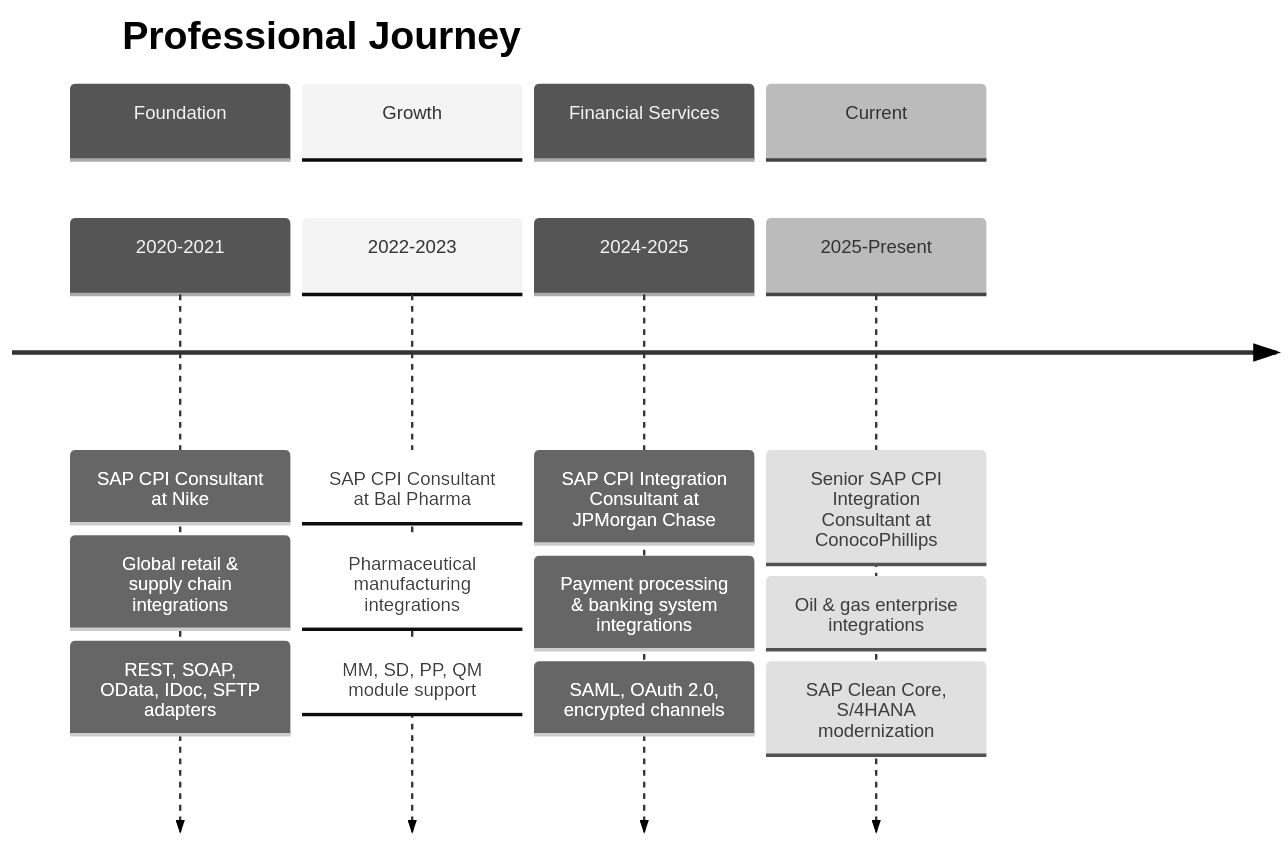
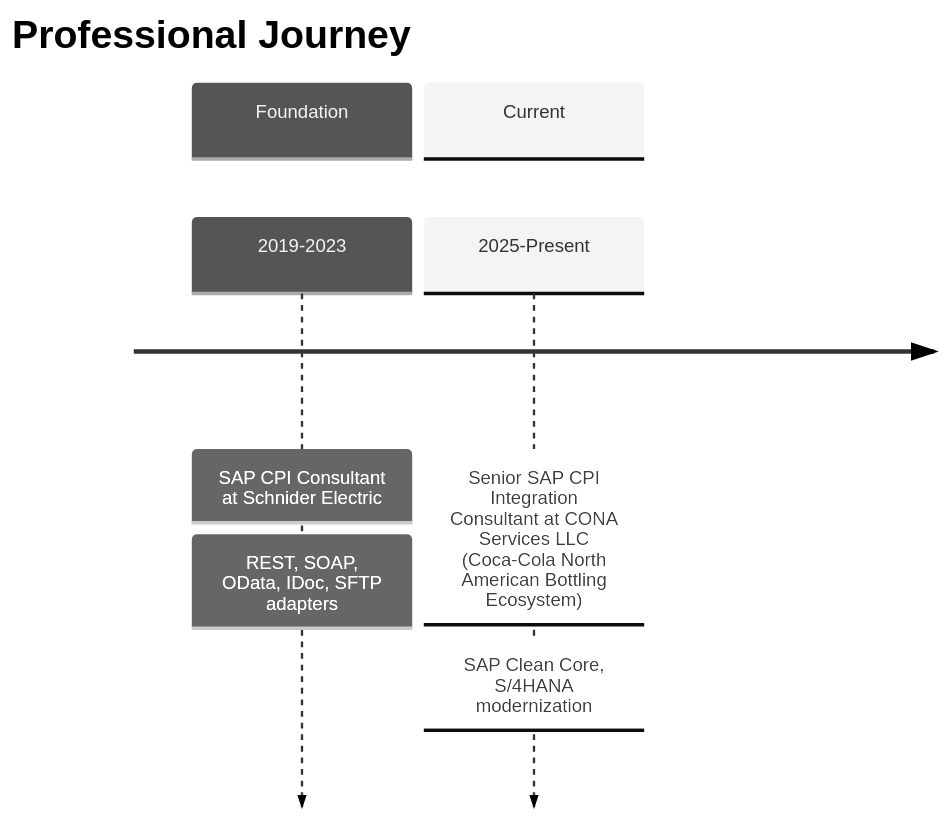
The first of 2 diagrams in README.md (manoj-iflowdev/manoj-iflowdev), drawn with Mermaid (neutral theme) before and after one commit. The commit also changed other lines of this file, not shown here.

````diff
--- a/README.md
+++ b/README.md
@@ -36,20 +36,11 @@
 ```mermaid
 timeline
     title Professional Journey
     section Foundation
-        2020-2021 : SAP CPI Consultant at Nike
-                  : Global retail & supply chain integrations
+        2019-2023 : SAP CPI Consultant at Schnider Electric
                   : REST, SOAP, OData, IDoc, SFTP adapters
-    section Growth
-        2022-2023 : SAP CPI Consultant at Bal Pharma
-                  : Pharmaceutical manufacturing integrations
-                  : MM, SD, PP, QM module support
-    section Financial Services
-        2024-2025 : SAP CPI Integration Consultant at JPMorgan Chase
-                  : Payment processing & banking system integrations
-                  : SAML, OAuth 2.0, encrypted channels
+
     section Current
-        2025-Present : Senior SAP CPI Integration Consultant at ConocoPhillips
-                     : Oil & gas enterprise integrations
+        2025-Present : Senior SAP CPI Integration Consultant at CONA Services LLC (Coca-Cola North American Bottling Ecosystem)
                      : SAP Clean Core, S/4HANA modernization
 ```
````
